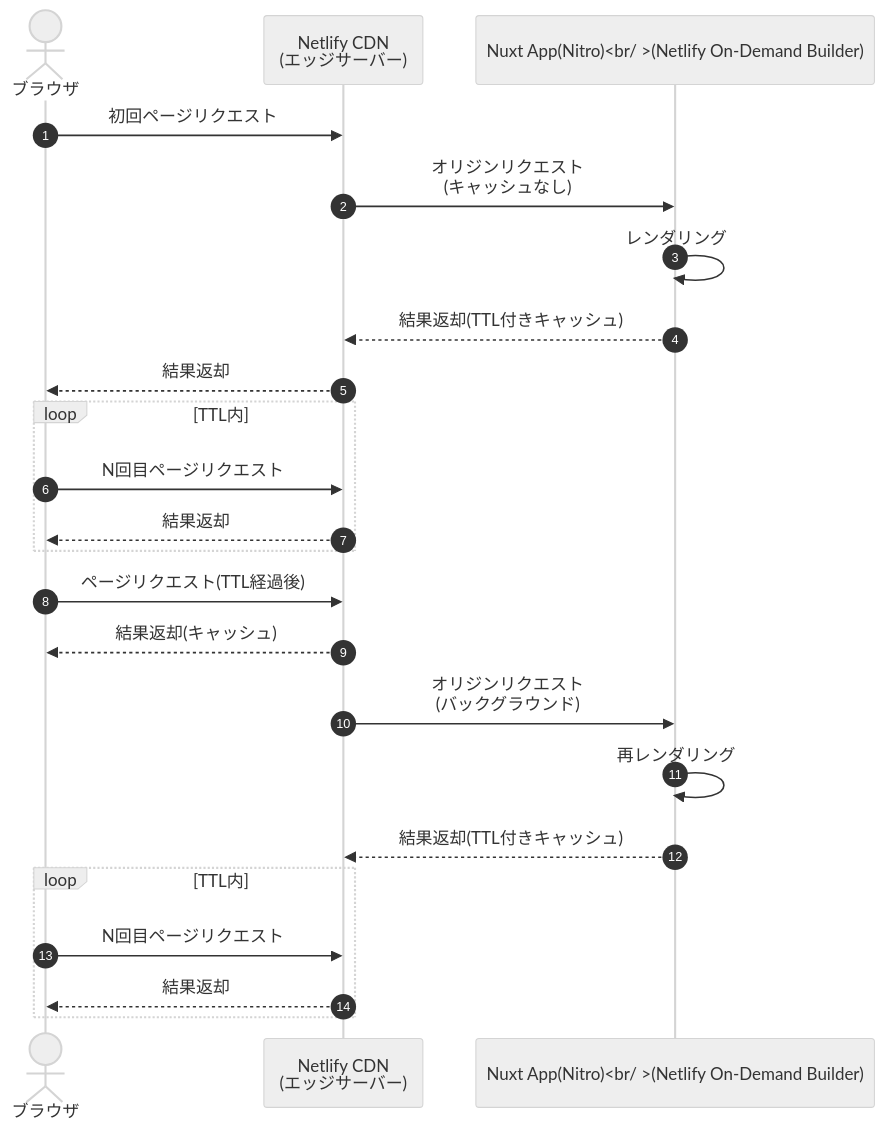
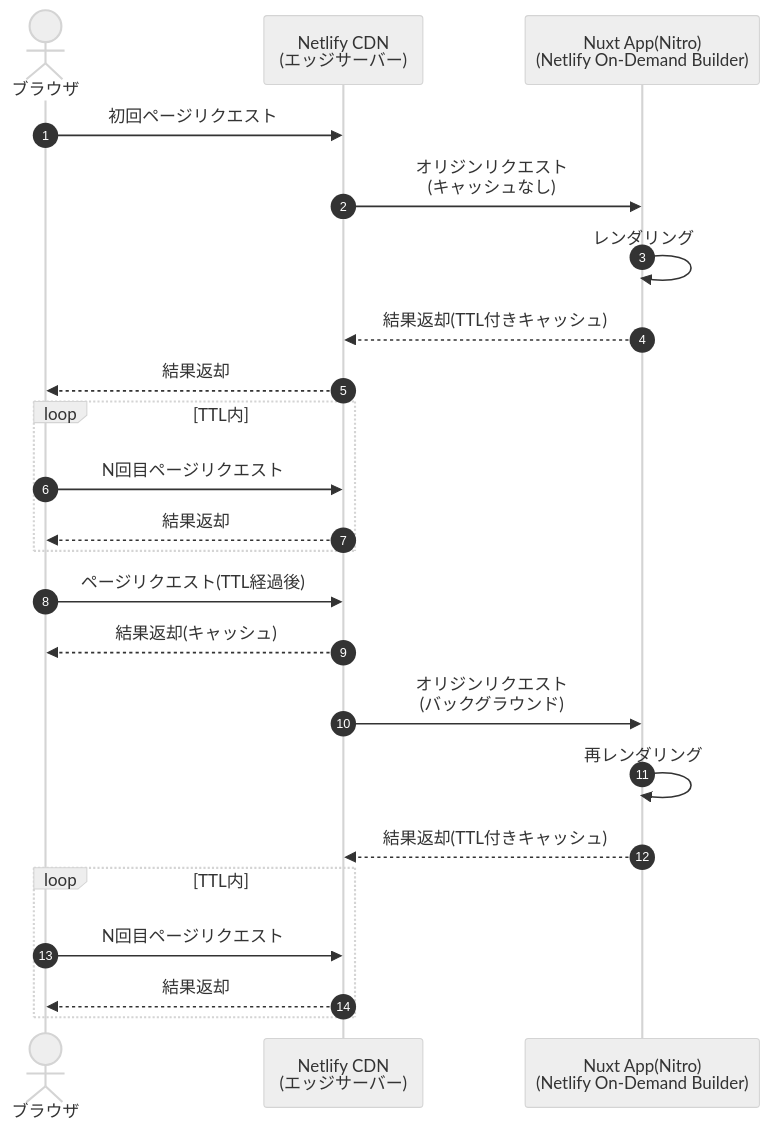
The second of 2 diagrams in src/posts/blogs/2022/1218_nuxt3-hybrid-rendering.md (mamezou-tech/mamezou-tech-site), drawn with Mermaid (neutral theme) before and after one commit. The commit also changed other lines of this file and 5 other files, not shown here.

First line of the commit message:
feat: Update mermaid version to latest.

````diff
--- a/src/posts/blogs/2022/1218_nuxt3-hybrid-rendering.md
+++ b/src/posts/blogs/2022/1218_nuxt3-hybrid-rendering.md
@@ -405,25 +405,25 @@
 ```mermaid
 sequenceDiagram
     autonumber
     actor client as ブラウザ
     participant edge as Netlify CDN<br />(エッジサーバー)
-    participant app as Nuxt App(Nitro)<br/ >(Netlify On-Demand Builder)
+    participant app as Nuxt App(Nitro)<br />(Netlify On-Demand Builder)
     client->>edge: 初回ページリクエスト
     edge->>app: オリジンリクエスト<br />(キャッシュなし)
     app->>app: レンダリング
     app-->>edge: 結果返却(TTL付きキャッシュ) 
     edge-->>client: 結果返却
     loop TTL内
         client->>edge: N回目ページリクエスト
         edge-->>client: 結果返却
     end
     client->>edge: ページリクエスト(TTL経過後)
     edge-->>client: 結果返却(キャッシュ)
     edge->>app: オリジンリクエスト<br />(バックグラウンド)
     app->>app: 再レンダリング
     app-->>edge: 結果返却(TTL付きキャッシュ) 
     loop TTL内
         client->>edge: N回目ページリクエスト
         edge-->>client: 結果返却
     end
 ```
````
